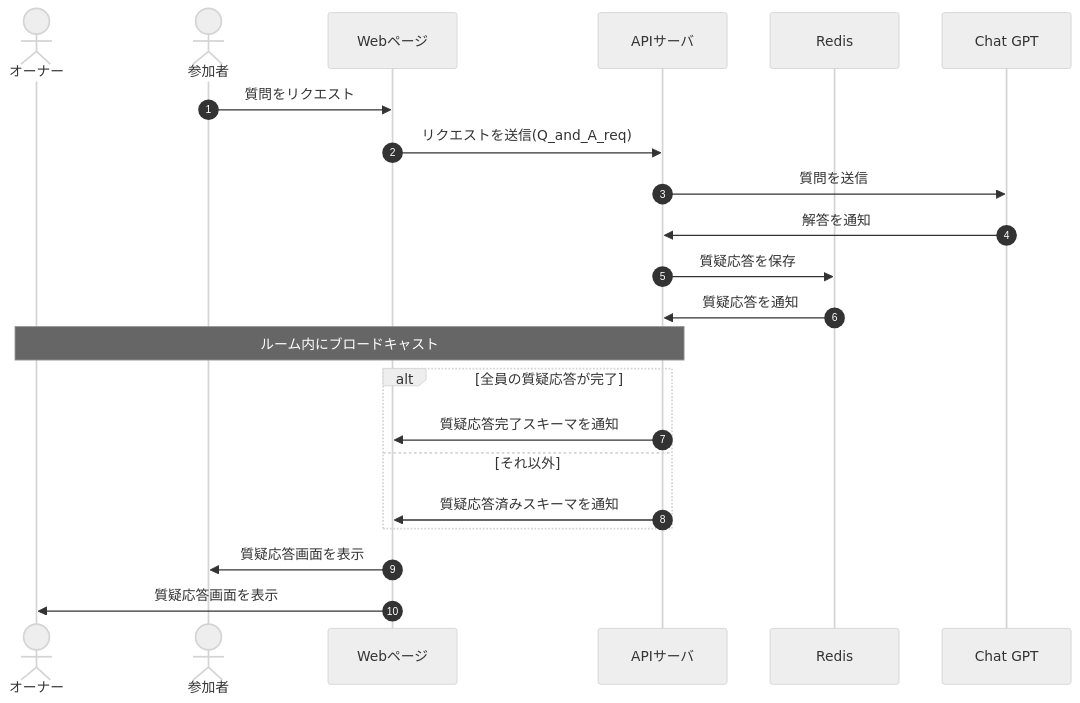
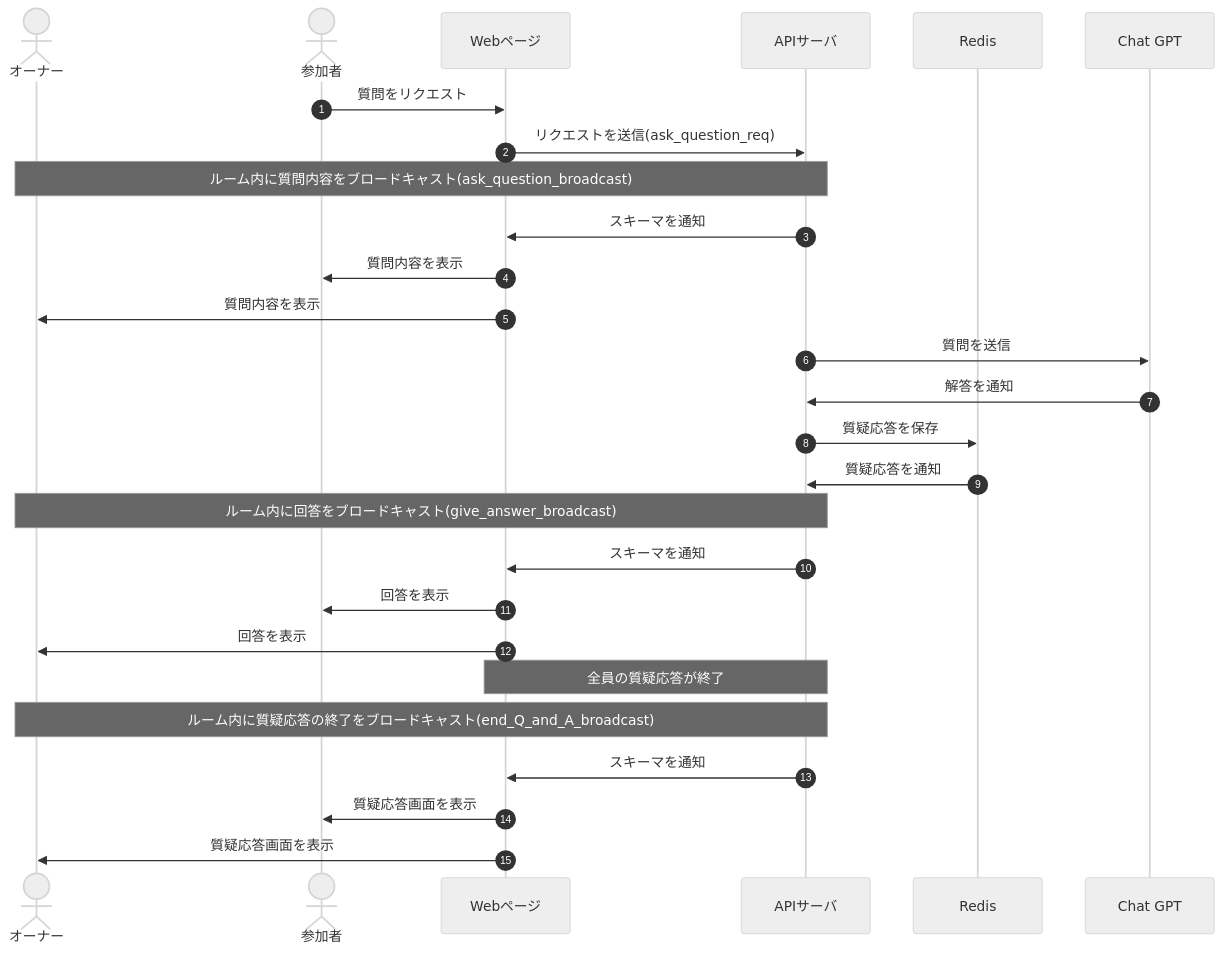
One commit to Tanakaryuki/chat_wolf changed the diagram in docs/DesignDog/09_質疑応答.md. Above: the diagram before and after it, drawn with Mermaid (neutral theme). The commit also changed other lines of this file and 29 other files, not shown here.

````diff
--- a/docs/DesignDog/09_質疑応答.md
+++ b/docs/DesignDog/09_質疑応答.md
@@ -11,25 +11,30 @@
 ```mermaid
 sequenceDiagram
     autonumber
     actor owner as オーナー
     actor participants as 参加者
     participant front as Webページ
     participant api as APIサーバ
     participant db as Redis
     participant ai as Chat GPT
 
     participants->>front: 質問をリクエスト
-    front->>api: リクエストを送信(Q_and_A_req)
+    front->>api: リクエストを送信(ask_question_req)
+    Note over owner,api: ルーム内に質問内容をブロードキャスト(ask_question_broadcast)
+    api->>front: スキーマを通知
+    front->>participants: 質問内容を表示
+    front->>owner: 質問内容を表示
     api->>ai: 質問を送信
     ai->>api: 解答を通知
     api->>db: 質疑応答を保存
     db->>api: 質疑応答を通知
-    Note over owner,api: ルーム内にブロードキャスト
-    alt 全員の質疑応答が完了
-        api->>front: 質疑応答完了スキーマを通知
-    else それ以外
-        api->>front: 質疑応答済みスキーマを通知
-    end
+    Note over owner,api: ルーム内に回答をブロードキャスト(give_answer_broadcast)
+    api->>front: スキーマを通知
+    front->>participants: 回答を表示
+    front->>owner: 回答を表示
+    Note over front,api: 全員の質疑応答が終了
+    Note over owner,api: ルーム内に質疑応答の終了をブロードキャスト(end_Q_and_A_broadcast)
+    api->>front: スキーマを通知
     front->>participants: 質疑応答画面を表示
     front->>owner: 質疑応答画面を表示
 ```
````
